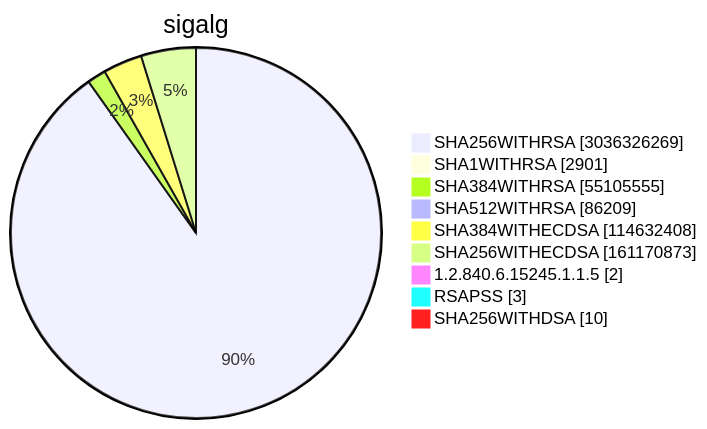
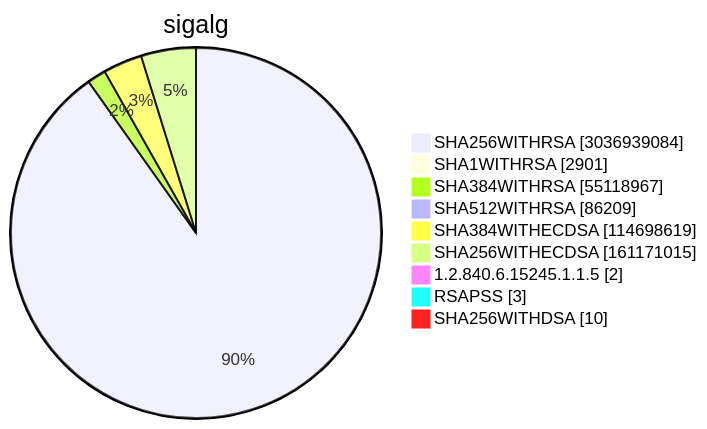
Before and after one commit to christiankrug/ctmonitor_visualization: diagram 15 of 15 in TOTAL/README.md, drawn with Mermaid. The commit also changed other lines of this file, not shown here.

````diff
--- a/TOTAL/README.md
+++ b/TOTAL/README.md
@@ -6208,13 +6208,13 @@
 ```mermaid
 pie showData
 title sigalg
-"SHA256WITHRSA" :3036326269
+"SHA256WITHRSA" :3036939084
 "SHA1WITHRSA" :2901
-"SHA384WITHRSA" :55105555
+"SHA384WITHRSA" :55118967
 "SHA512WITHRSA" :86209
-"SHA384WITHECDSA" :114632408
-"SHA256WITHECDSA" :161170873
+"SHA384WITHECDSA" :114698619
+"SHA256WITHECDSA" :161171015
 "1.2.840.6.15245.1.1.5" :2
 "RSAPSS" :3
 "SHA256WITHDSA" :10
 ```
````
